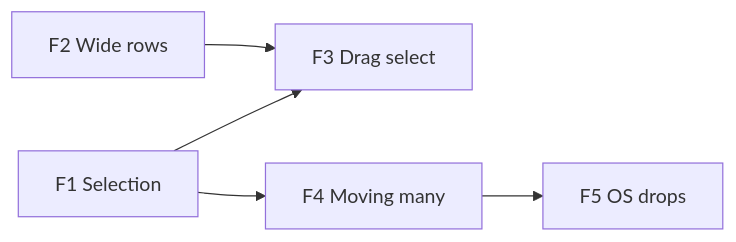
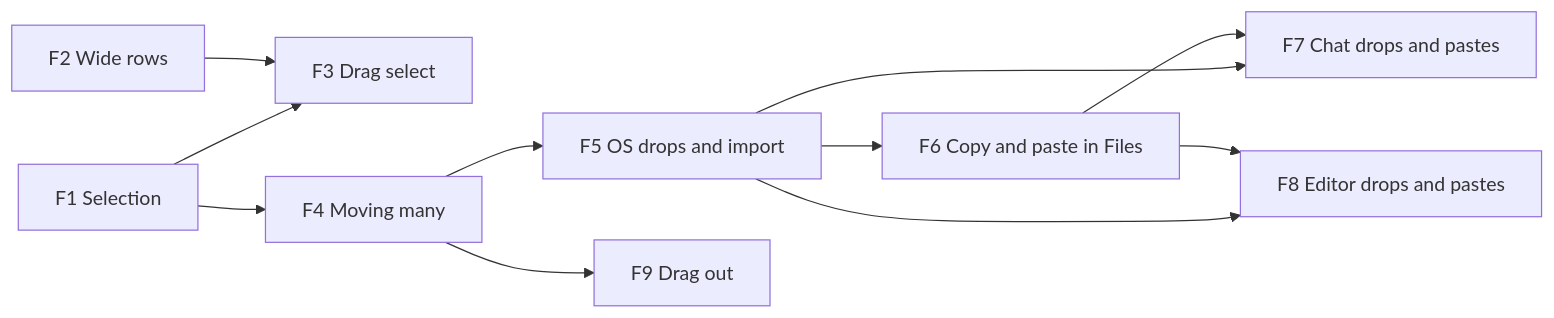
The diagram in File Explorer Plan.md (CTRL-Neo-Studios/vertex), drawn with Mermaid before and after one commit. The commit also changed other lines of this file, not shown here.

First line of the commit message:
docs(files): plan copying, attachments and dragging files out

````diff
--- a/File Explorer Plan.md
+++ b/File Explorer Plan.md
@@ -35,7 +49,13 @@
 ```mermaid
 flowchart LR
   F1[F1 Selection] --> F3[F3 Drag select]
   F2[F2 Wide rows] --> F3
   F1 --> F4[F4 Moving many]
-  F4 --> F5[F5 OS drops]
+  F4 --> F5[F5 OS drops and import]
+  F5 --> F6[F6 Copy and paste in Files]
+  F5 --> F7[F7 Chat drops and pastes]
+  F5 --> F8[F8 Editor drops and pastes]
+  F6 --> F7
+  F6 --> F8
+  F4 --> F9[F9 Drag out]
 ```
````
